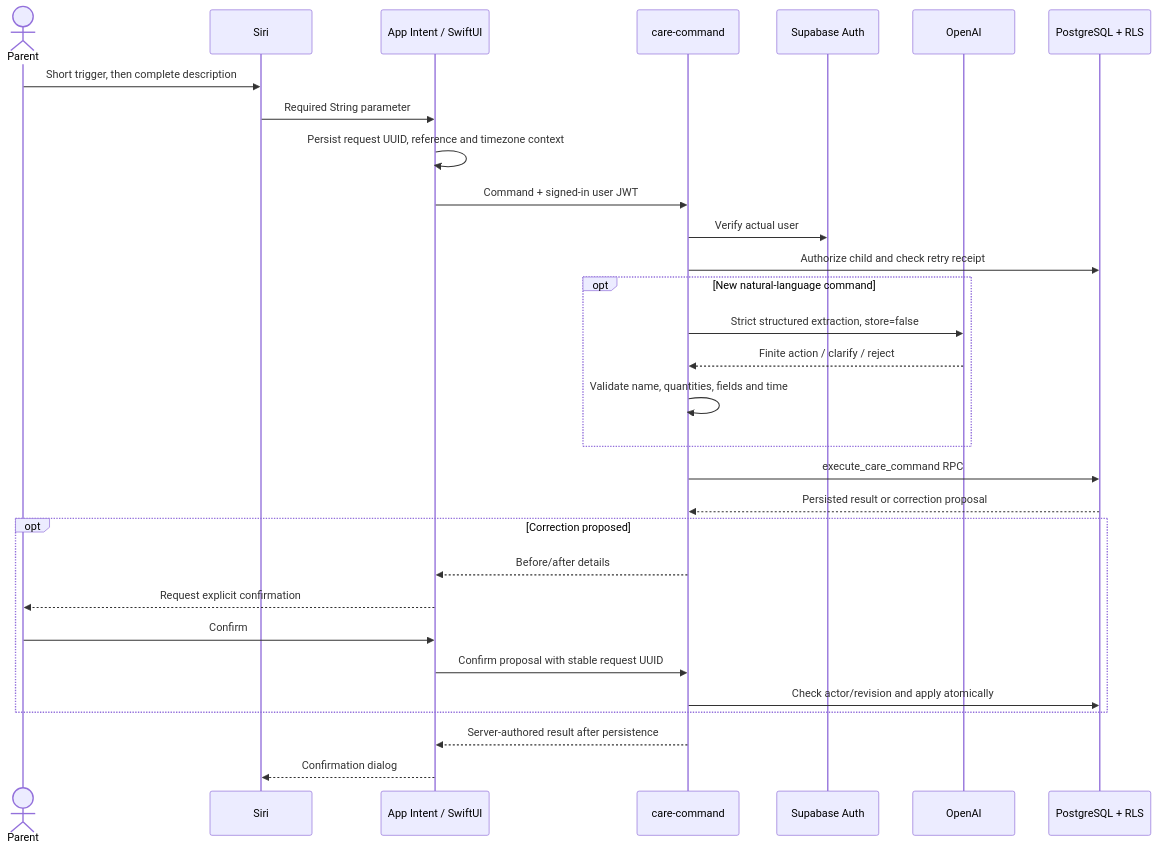
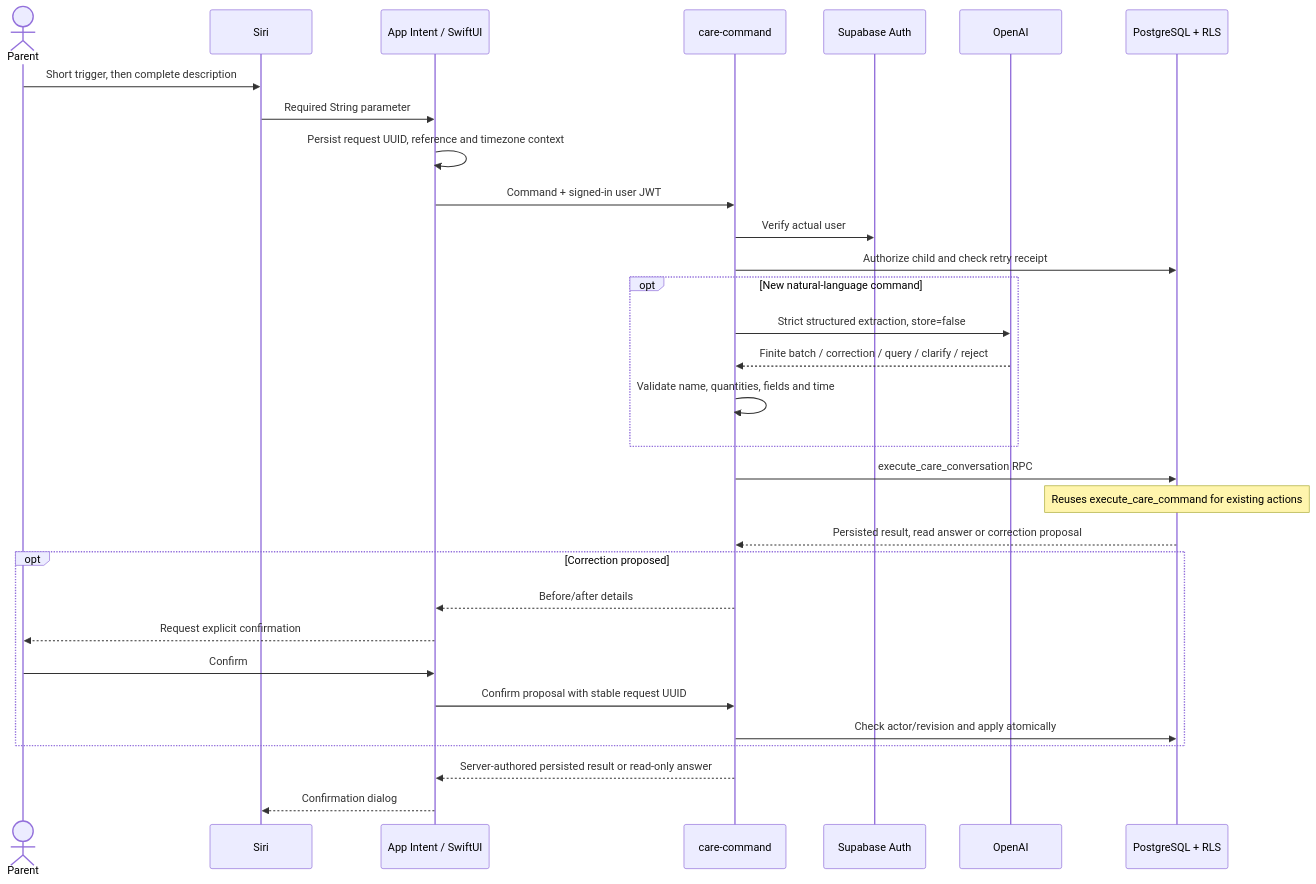
The diagram in docs/ARCHITECTURE.md (kurtcms/victoria-tracker-public), drawn with Mermaid before and after one commit. The commit also changed other lines of this file and 50 other files, not shown here.

Commit message:
Release v1.0.0: voice care, milestone guide and query fixes

````diff
--- a/docs/ARCHITECTURE.md
+++ b/docs/ARCHITECTURE.md
@@ -5,32 +5,33 @@
 ```mermaid
 sequenceDiagram
     actor Parent
     participant Siri
     participant App as App Intent / SwiftUI
     participant Edge as care-command
     participant Auth as Supabase Auth
     participant AI as OpenAI
     participant DB as PostgreSQL + RLS
     Parent->>Siri: Short trigger, then complete description
     Siri->>App: Required String parameter
     App->>App: Persist request UUID, reference and timezone context
     App->>Edge: Command + signed-in user JWT
     Edge->>Auth: Verify actual user
     Edge->>DB: Authorize child and check retry receipt
     opt New natural-language command
       Edge->>AI: Strict structured extraction, store=false
-      AI-->>Edge: Finite action / clarify / reject
+      AI-->>Edge: Finite batch / correction / query / clarify / reject
       Edge->>Edge: Validate name, quantities, fields and time
     end
-    Edge->>DB: execute_care_command RPC
-    DB-->>Edge: Persisted result or correction proposal
+    Edge->>DB: execute_care_conversation RPC
+    Note over DB: Reuses execute_care_command for existing actions
+    DB-->>Edge: Persisted result, read answer or correction proposal
     opt Correction proposed
       Edge-->>App: Before/after details
       App-->>Parent: Request explicit confirmation
       Parent->>App: Confirm
       App->>Edge: Confirm proposal with stable request UUID
       Edge->>DB: Check actor/revision and apply atomically
     end
-    Edge-->>App: Server-authored result after persistence
+    Edge-->>App: Server-authored persisted result or read-only answer
     App-->>Siri: Confirmation dialog
 ```
````
